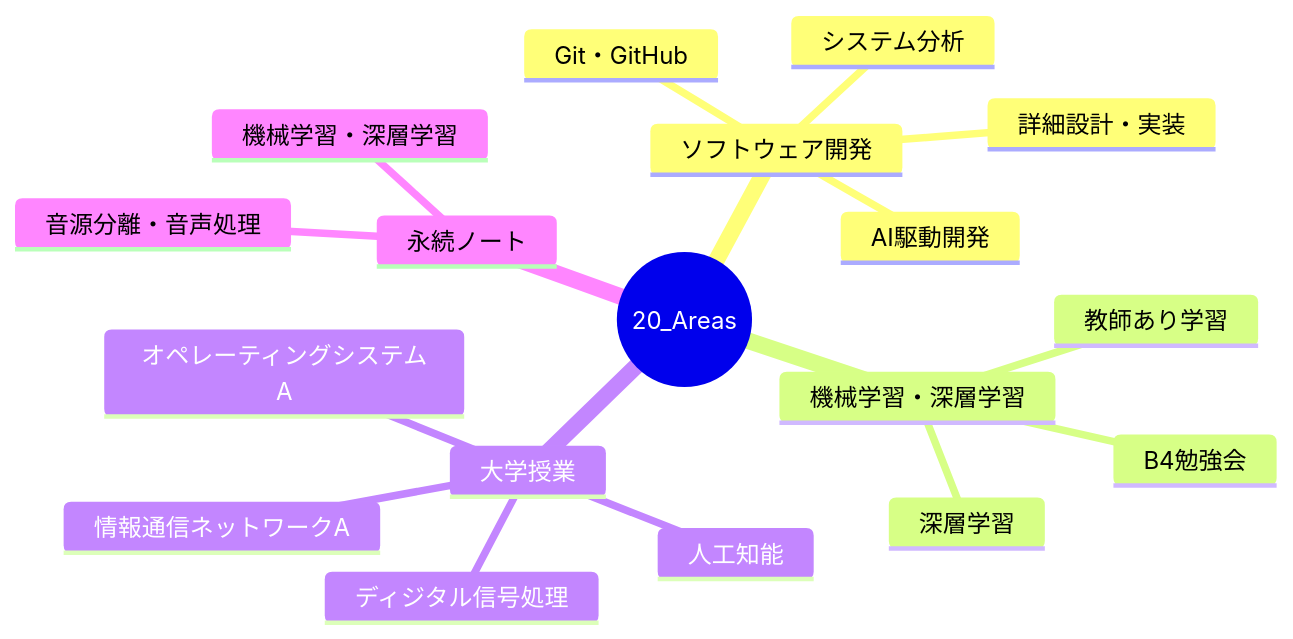
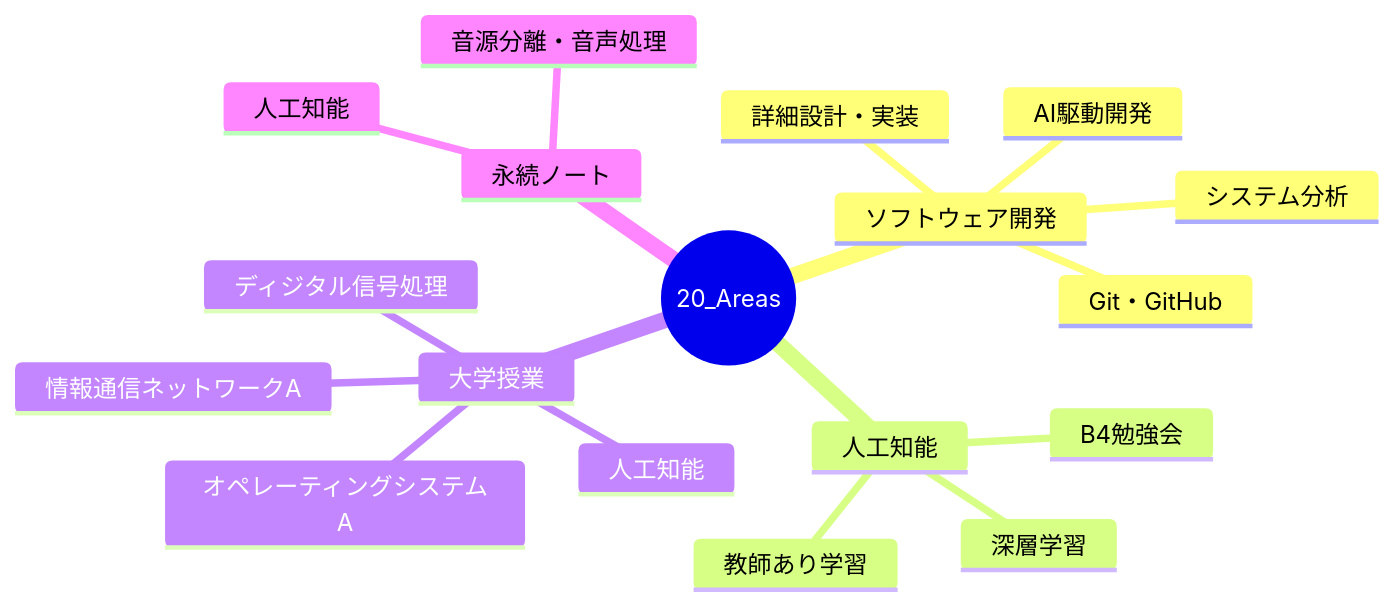
One commit to 97kuek/obsidian-vault changed the diagram in 20_Areas/【MOC】20_Areas.md. Above: the diagram before and after it, drawn with Mermaid. The commit also changed other lines of this file and 45 other files, not shown here.

````diff
--- a/20_Areas/【MOC】20_Areas.md
+++ b/20_Areas/【MOC】20_Areas.md
@@ -16,21 +16,21 @@
 ```mermaid
 mindmap
   root(("20_Areas"))
     ソフトウェア開発
       Git・GitHub
       システム分析
       詳細設計・実装
       AI駆動開発
-    機械学習・深層学習
+    人工知能
       教師あり学習
       深層学習
       B4勉強会
     大学授業
       人工知能
       ディジタル信号処理
       情報通信ネットワークA
       オペレーティングシステムA
     永続ノート
       音源分離・音声処理
-      機械学習・深層学習
+      人工知能
 ```
````
